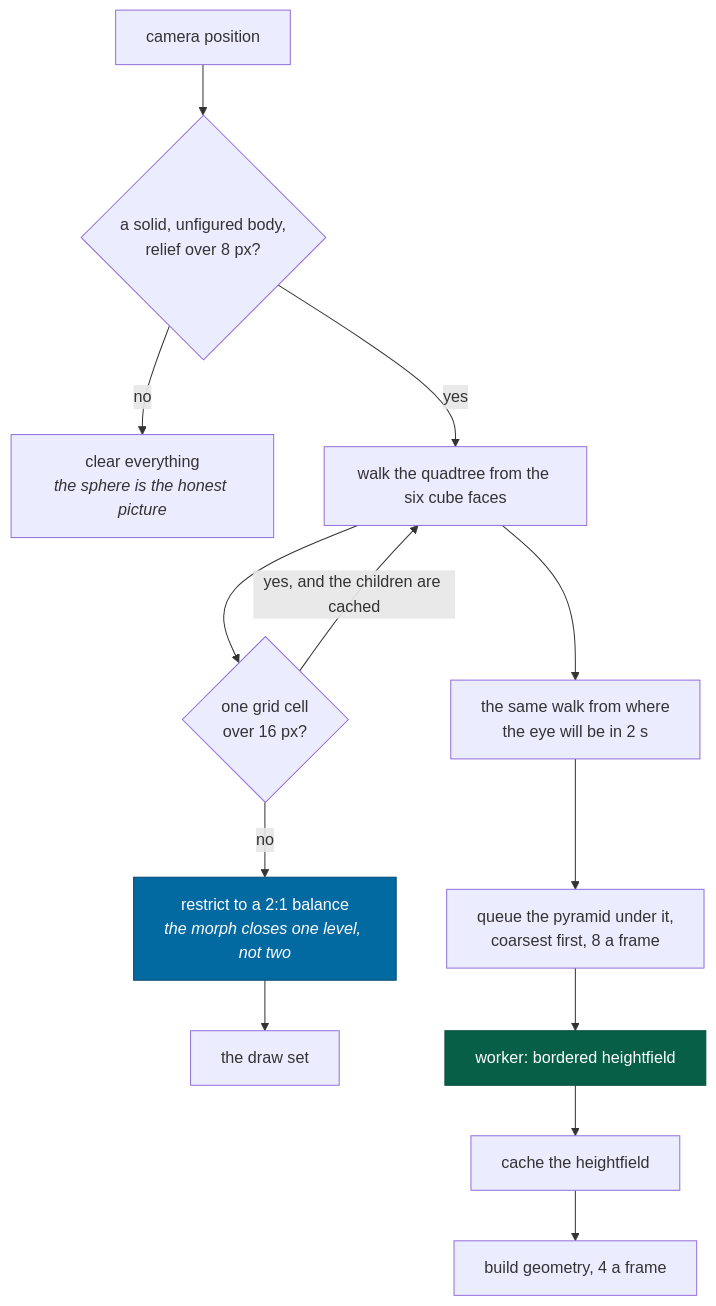
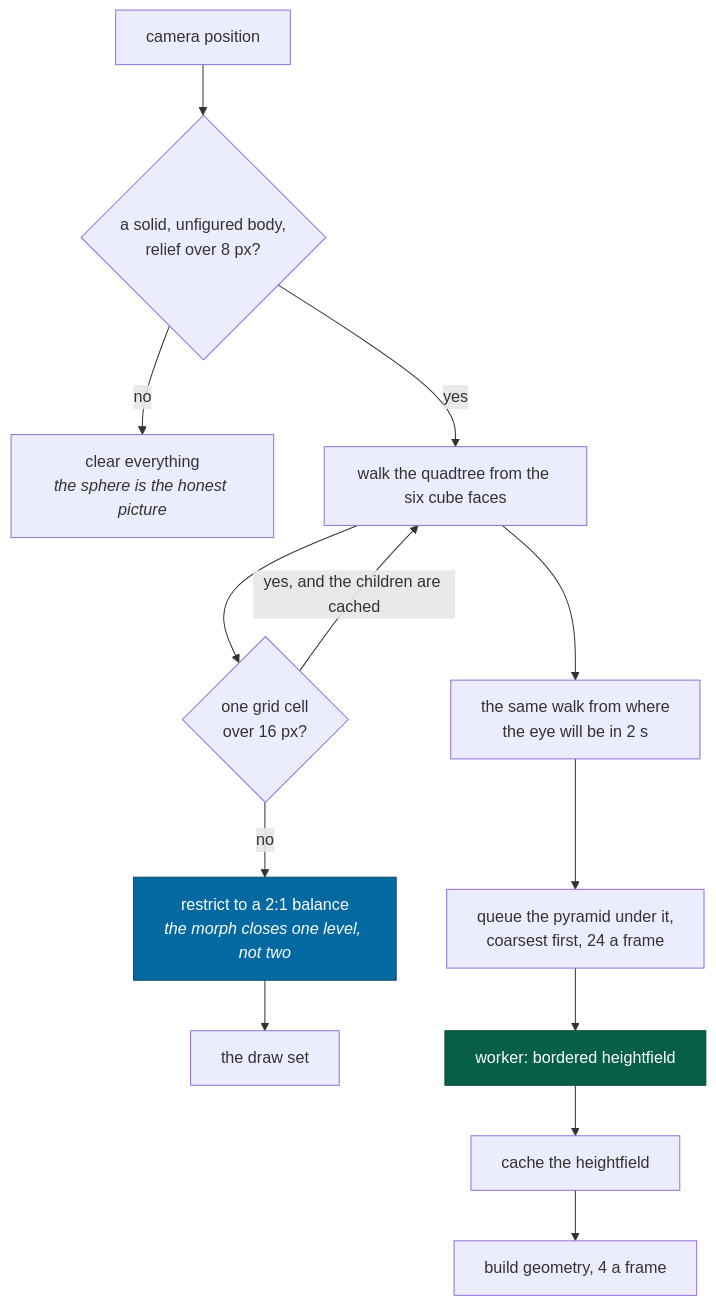
Before and after one commit to jonjaques/inertialref: the third of 3 diagrams in docs/concepts/streaming.md, drawn with Mermaid. The commit also changed other lines of this file and 65 other files, not shown here.

````diff
--- a/docs/concepts/streaming.md
+++ b/docs/concepts/streaming.md
@@ -82,18 +82,18 @@
 ```mermaid
 flowchart TB
     CAM["camera position"] --> BODY{"a solid, unfigured body,<br/>relief over 8 px?"}
     BODY -->|no| CLEAR["clear everything<br/><i>the sphere is the honest picture</i>"]
     BODY -->|yes| WALK["walk the quadtree from the six cube faces"]
     WALK --> REFINE{"one grid cell<br/>over 16 px?"}
     REFINE -->|"yes, and the children are cached"| WALK
     REFINE -->|no| BALANCE["restrict to a 2:1 balance<br/><i>the morph closes one level, not two</i>"]
     BALANCE --> DRAW["the draw set"]
     WALK --> AHEAD["the same walk from where<br/>the eye will be in 2 s"]
-    AHEAD --> QUEUE["queue the pyramid under it,<br/>coarsest first, 8 a frame"]
+    AHEAD --> QUEUE["queue the pyramid under it,<br/>coarsest first, 24 a frame"]
     QUEUE --> JOB["worker: bordered heightfield"]
     JOB --> CACHE["cache the heightfield"]
     CACHE --> MESH["build geometry, 4 a frame"]
 
     style JOB fill:#065f46,stroke:#064e3b,color:#fff
     style BALANCE fill:#0369a1,stroke:#0c4a6e,color:#fff
 ```
````
